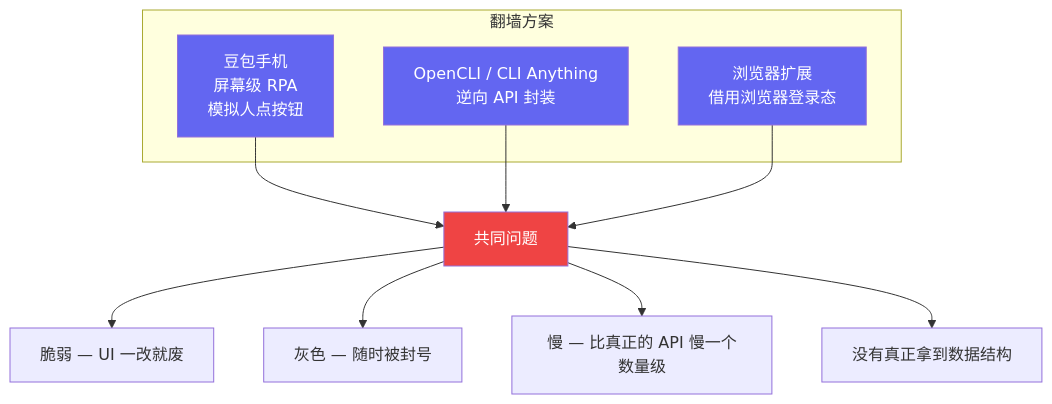
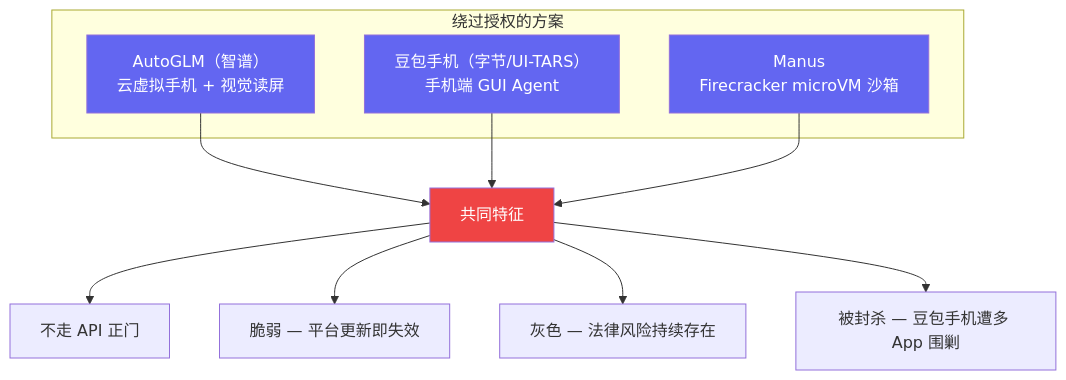
Before and after one commit to Trashwbin/quill: the fourth of 8 diagrams in content/zh/posts/visual-vs-api-permission.md, drawn with Mermaid. The commit also changed other lines of this file, not shown here.

Commit message:
content: article 03 - verified product landscape (AutoGLM, Manus, Perplexity PC, 豆包手机 with sources)

````diff
--- a/content/zh/posts/visual-vs-api-permission.md
+++ b/content/zh/posts/visual-vs-api-permission.md
@@ -105,22 +107,22 @@
 ```mermaid
 graph TB
-    subgraph "翻墙方案"
-        D1["豆包手机<br/>屏幕级 RPA<br/>模拟人点按钮"]
-        D2["OpenCLI / CLI Anything<br/>逆向 API 封装"]
-        D3["浏览器扩展<br/>借用浏览器登录态"]
+    subgraph "绕过授权的方案"
+        D1["AutoGLM（智谱）<br/>云虚拟手机 + 视觉读屏"]
+        D2["豆包手机（字节/UI-TARS）<br/>手机端 GUI Agent"]
+        D3["Manus<br/>Firecracker microVM 沙箱"]
     end
     
-    D1 --> Problem["共同问题"]
+    D1 --> Problem["共同特征"]
     D2 --> Problem
     D3 --> Problem
     
-    Problem --> P1["脆弱 — UI 一改就废"]
-    Problem --> P2["灰色 — 随时被封号"]
-    Problem --> P3["慢 — 比真正的 API 慢一个数量级"]
-    Problem --> P4["没有真正拿到数据结构"]
+    Problem --> P1["不走 API 正门"]
+    Problem --> P2["脆弱 — 平台更新即失效"]
+    Problem --> P3["灰色 — 法律风险持续存在"]
+    Problem --> P4["被封杀 — 豆包手机遭多 App 围剿"]
     
     style D1 fill:#6366f1,color:#fff
     style D2 fill:#6366f1,color:#fff
     style D3 fill:#6366f1,color:#fff
     style Problem fill:#ef4444,color:#fff
 ```
````
